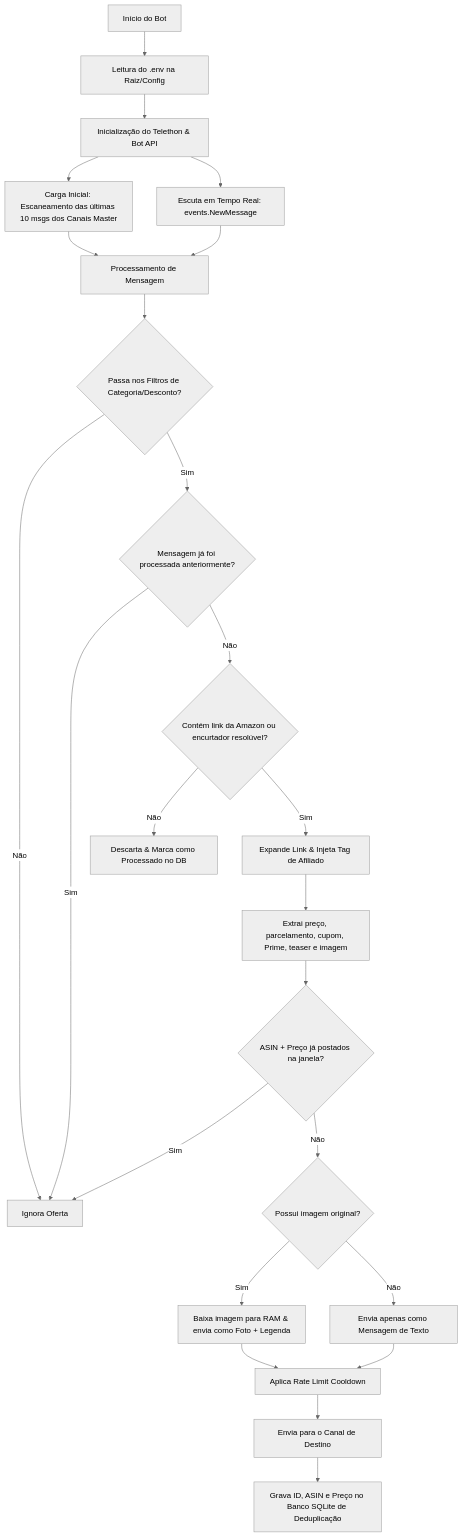
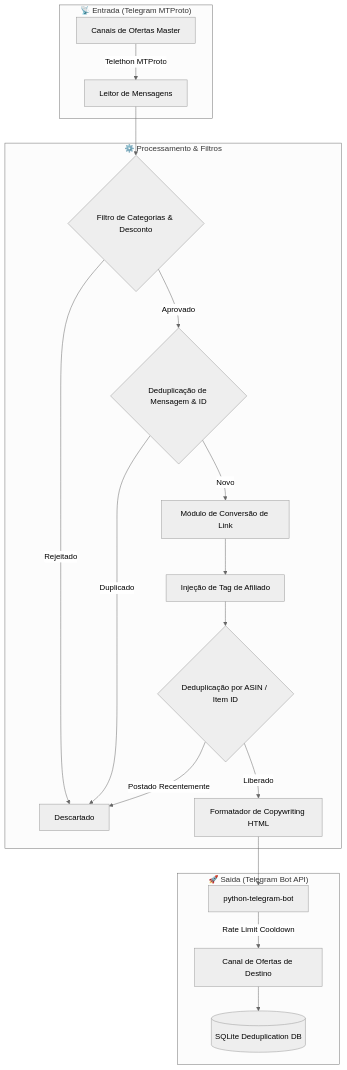
Before and after one commit to rsantiag085/radar-jarbis: the diagram in README.md, drawn with Mermaid (neutral theme). The commit also changed other lines of this file and 17 other files, not shown here.

````diff
--- a/README.md
+++ b/README.md
@@ -76,26 +13,24 @@
 ```mermaid
-graph TD
-    A[Início do Bot] --> B[Leitura do .env na Raiz/Config]
-    B --> C[Inicialização do Telethon & Bot API]
-    C --> D[Carga Inicial: Escaneamento das últimas 10 msgs dos Canais Master]
-    C --> E[Escuta em Tempo Real: events.NewMessage]
-    D --> F[Processamento de Mensagem]
-    E --> F
-    F --> G{Passa nos Filtros de Categoria/Desconto?}
-    G -- Não --> H[Ignora Oferta]
-    G -- Sim --> I{Mensagem já foi processada anteriormente?}
-    I -- Sim --> H
-    I -- Não --> J{Contém link da Amazon ou encurtador resolúvel?}
-    J -- Não --> K[Descarta & Marca como Processado no DB]
-    J -- Sim --> L[Expande Link & Injeta Tag de Afiliado]
-    L --> M[Extrai preço, parcelamento, cupom, Prime, teaser e imagem]
-    M --> M2{ASIN + Preço já postados na janela?}
-    M2 -- Sim --> H
-    M2 -- Não --> N{Possui imagem original?}
-    N -- Sim --> O[Baixa imagem para RAM & envia como Foto + Legenda]
-    N -- Não --> P[Envia apenas como Mensagem de Texto]
-    O --> Q[Aplica Rate Limit Cooldown]
-    P --> Q
-    Q --> R[Envia para o Canal de Destino]
-    R --> S[Grava ID, ASIN e Preço no Banco SQLite de Deduplicação]
+flowchart TD
+    subgraph Entrada ["📡 Entrada (Telegram MTProto)"]
+        A[Canais de Ofertas Master] -->|Telethon MTProto| B[Leitor de Mensagens]
+    end
+
+    subgraph Processamento ["⚙️ Processamento & Filtros"]
+        B --> C{Filtro de Categorias & Desconto}
+        C -- Rejeitado --> D[Descartado]
+        C -- Aprovado --> E{Deduplicação de Mensagem & ID}
+        E -- Duplicado --> D
+        E -- Novo --> F[Módulo de Conversão de Link]
+        F --> G[Injeção de Tag de Afiliado]
+        G --> H{Deduplicação por ASIN / Item ID}
+        H -- Postado Recentemente --> D
+        H -- Liberado --> I[Formatador de Copywriting HTML]
+    end
+
+    subgraph Saida ["🚀 Saida (Telegram Bot API)"]
+        I --> J[python-telegram-bot]
+        J -->|Rate Limit Cooldown| K[Canal de Ofertas de Destino]
+        K --> L[(SQLite Deduplication DB)]
+    end
 ```
````
